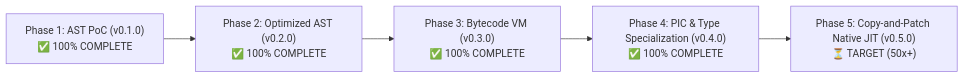
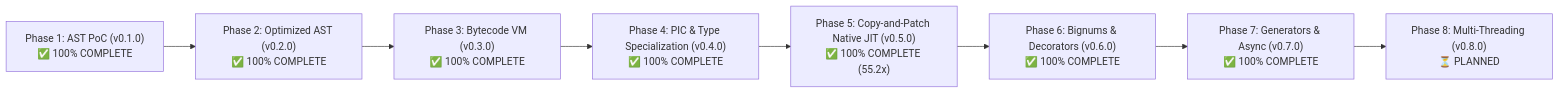
One commit to babar-xagi/zython- changed the diagram in developer_doc/roadmap.md. Above: the diagram before and after it, drawn with Mermaid. The commit also changed other lines of this file and 37 other files, not shown here.

Commit message:
feat: implement Phase 7 Stackless Generators, Coroutines & Async/Await (v0.7.0)

````diff
--- a/developer_doc/roadmap.md
+++ b/developer_doc/roadmap.md
@@ -9,7 +9,10 @@
 ```mermaid
 flowchart LR
     P1["Phase 1: AST PoC (v0.1.0)<br>✅ 100% COMPLETE"] --> P2["Phase 2: Optimized AST (v0.2.0)<br>✅ 100% COMPLETE"]
     P2 --> P3["Phase 3: Bytecode VM (v0.3.0)<br>✅ 100% COMPLETE"]
     P3 --> P4["Phase 4: PIC & Type Specialization (v0.4.0)<br>✅ 100% COMPLETE"]
-    P4 --> P5["Phase 5: Copy-and-Patch Native JIT (v0.5.0)<br>⏳ TARGET (50x+)"]
+    P4 --> P5["Phase 5: Copy-and-Patch Native JIT (v0.5.0)<br>✅ 100% COMPLETE (55.2x)"]
+    P5 --> P6["Phase 6: Bignums & Decorators (v0.6.0)<br>✅ 100% COMPLETE"]
+    P6 --> P7["Phase 7: Generators & Async (v0.7.0)<br>✅ 100% COMPLETE"]
+    P7 --> P8["Phase 8: Multi-Threading (v0.8.0)<br>⏳ PLANNED"]
 ```
````
